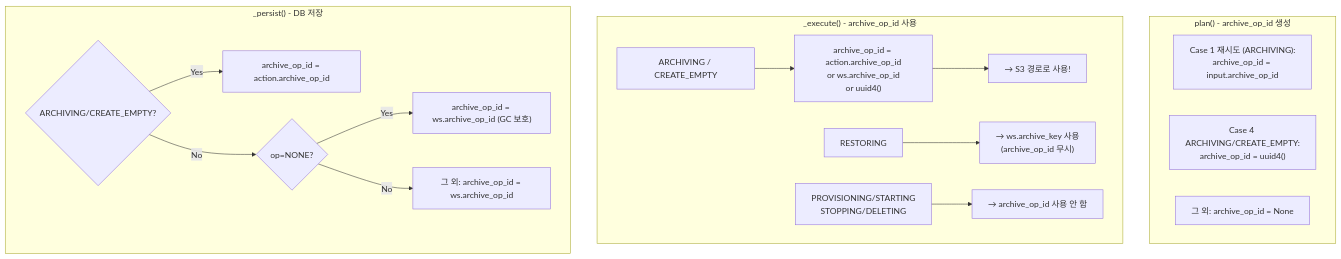
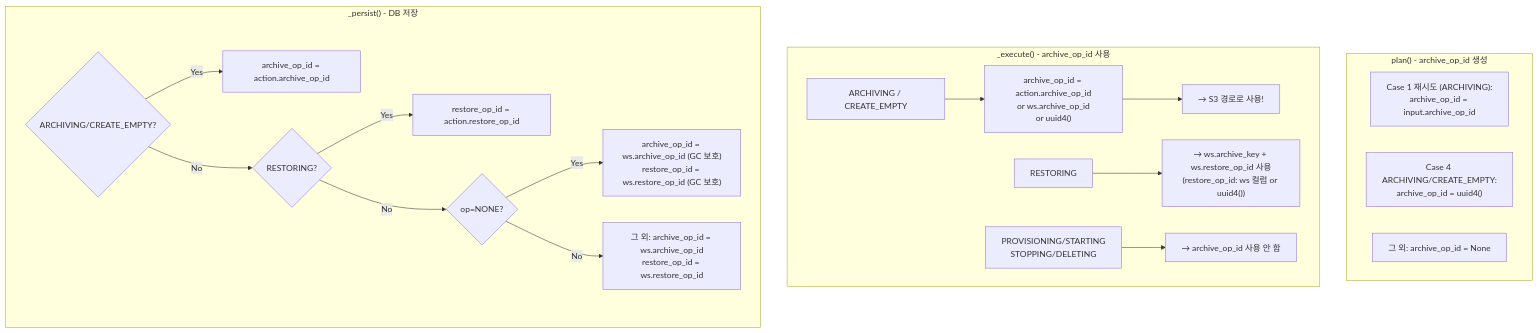
Before and after one commit to cagojeiger/code-hub: the second of 3 diagrams in docs/architecture/wc-planner.md, drawn with Mermaid. The commit also changed other lines of this file and 10 other files, not shown here.

First line of the commit message:
fix: resolve 7 bugs in restore/archive lifecycle (spec↔impl divergence)

````diff
--- a/docs/architecture/wc-planner.md
+++ b/docs/architecture/wc-planner.md
@@ -69,37 +69,41 @@
 ```mermaid
 flowchart TB
     subgraph Plan["plan() - archive_op_id 생성"]
         P1["Case 1 재시도 (ARCHIVING):<br/>archive_op_id = input.archive_op_id"]
         P3["Case 4 ARCHIVING/CREATE_EMPTY:<br/>archive_op_id = uuid4()"]
         P_NONE["그 외: archive_op_id = None"]
     end
 
     subgraph Execute["_execute() - archive_op_id 사용"]
         EX_ARC["ARCHIVING / CREATE_EMPTY"]
         EX_ARC_OP["archive_op_id = action.archive_op_id<br/>or ws.archive_op_id<br/>or uuid4()"]
         EX_ARC_USE["→ S3 경로로 사용!"]
 
         EX_REST["RESTORING"]
-        EX_REST_USE["→ ws.archive_key 사용<br/>(archive_op_id 무시)"]
+        EX_REST_USE["→ ws.archive_key + ws.restore_op_id 사용<br/>(restore_op_id: ws 컬럼 or uuid4())"]
 
         EX_OTHER["PROVISIONING/STARTING<br/>STOPPING/DELETING"]
         EX_OTHER_USE["→ archive_op_id 사용 안 함"]
     end
 
     subgraph Persist["_persist() - DB 저장"]
         PE1{"ARCHIVING/CREATE_EMPTY?"}
         PE1_Y["archive_op_id = action.archive_op_id"]
+        PE1B{"RESTORING?"}
+        PE1B_Y["restore_op_id = action.restore_op_id"]
         PE2{"op=NONE?"}
-        PE2_Y["archive_op_id = ws.archive_op_id (GC 보호)"]
-        PE3["그 외: archive_op_id = ws.archive_op_id"]
+        PE2_Y["archive_op_id = ws.archive_op_id (GC 보호)<br/>restore_op_id = ws.restore_op_id (GC 보호)"]
+        PE3["그 외: archive_op_id = ws.archive_op_id<br/>restore_op_id = ws.restore_op_id"]
     end
 
     EX_ARC --> EX_ARC_OP --> EX_ARC_USE
     EX_REST --> EX_REST_USE
     EX_OTHER --> EX_OTHER_USE
 
     PE1 -->|Yes| PE1_Y
-    PE1 -->|No| PE2
+    PE1 -->|No| PE1B
+    PE1B -->|Yes| PE1B_Y
+    PE1B -->|No| PE2
     PE2 -->|Yes| PE2_Y
     PE2 -->|No| PE3
 ```
````
